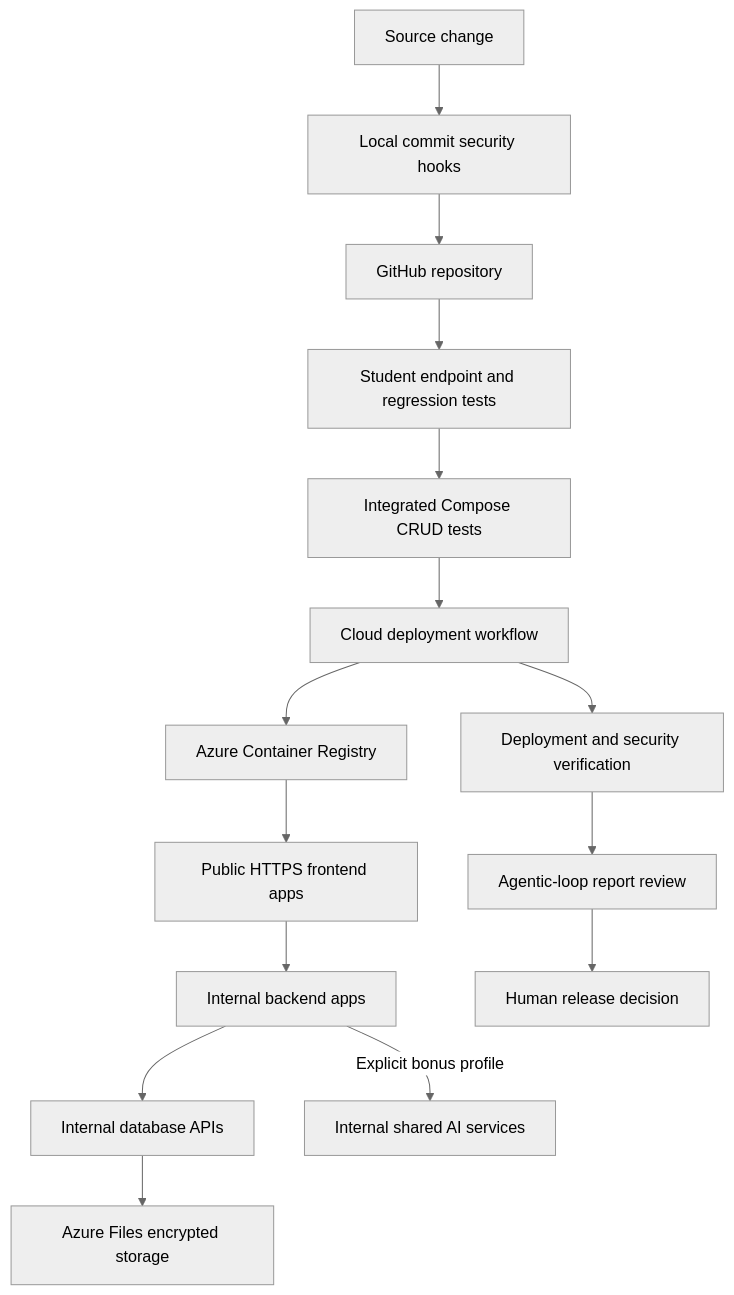
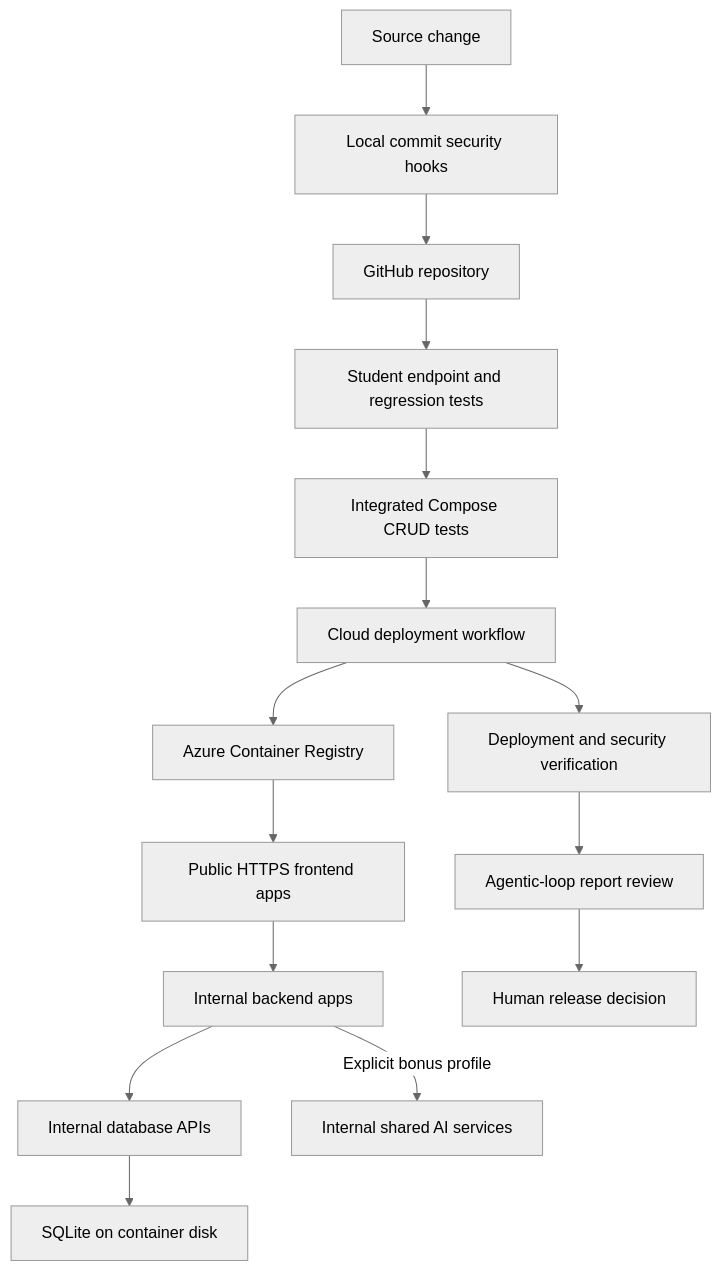
Before and after one commit to AlanWen1/ASD-agentic-ai-Group4: the second of 2 diagrams in docs/architecture/release-2.md, drawn with Mermaid (neutral theme). The commit also changed other lines of this file and 3 other files, not shown here.

````diff
--- a/docs/architecture/release-2.md
+++ b/docs/architecture/release-2.md
@@ -35,17 +35,17 @@
 ```mermaid
 flowchart TD
   C[Source change] --> S[Local commit security hooks]
   S --> G[GitHub repository]
   G --> T[Student endpoint and regression tests]
   T --> I[Integrated Compose CRUD tests]
   I --> W[Cloud deployment workflow]
   W --> A[Azure Container Registry]
   A --> F[Public HTTPS frontend apps]
   F --> B[Internal backend apps]
   B --> D[Internal database APIs]
-  D --> V[Azure Files encrypted storage]
+  D --> V[SQLite on container disk]
   B -->|Explicit bonus profile| X[Internal shared AI services]
   W --> Q[Deployment and security verification]
   Q --> R[Agentic-loop report review]
   R --> H[Human release decision]
 ```
````
